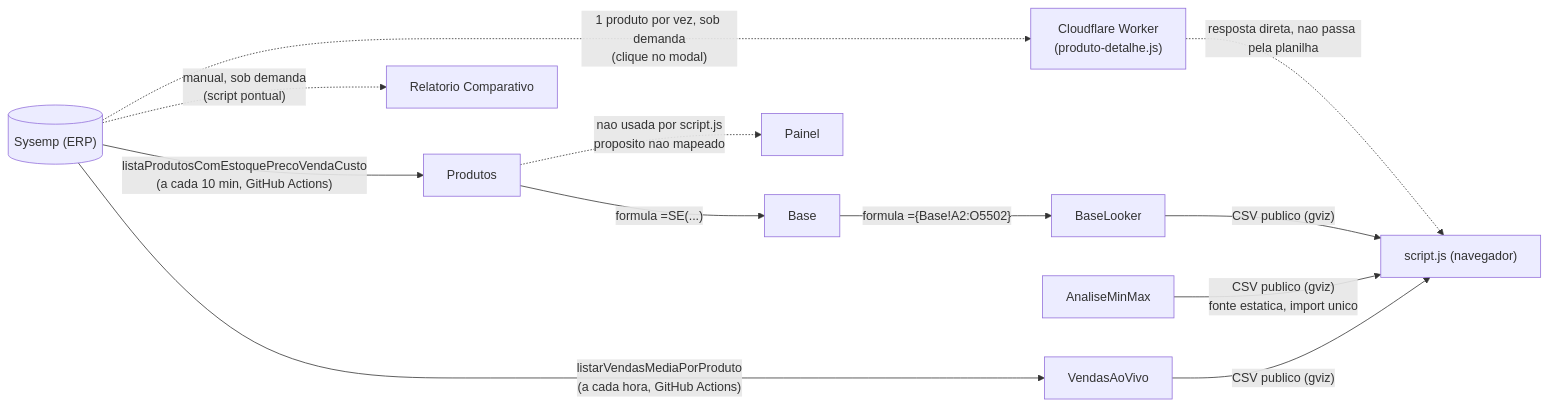
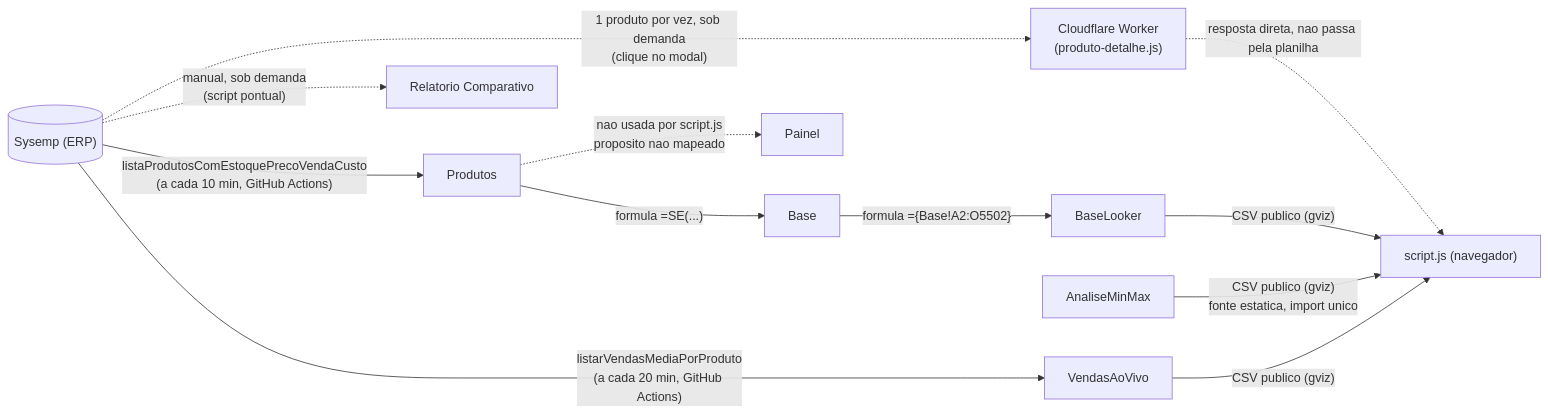
One commit to es813636-dot/painel-bradisfer changed the diagram in LINHAGEM-DE-DADOS.md. Above: the diagram before and after it, drawn with Mermaid. The commit also changed other lines of this file, not shown here.

Commit message:
Atualiza frequencia de VendasAoVivo (1h -> 20min) na linhagem de dados

````diff
--- a/LINHAGEM-DE-DADOS.md
+++ b/LINHAGEM-DE-DADOS.md
@@ -9,25 +9,25 @@
 ```mermaid
 flowchart LR
     SYS[("Sysemp (ERP)")]
     PROD[Produtos]
     BASE[Base]
     BL[BaseLooker]
     AMM[AnaliseMinMax]
     VAV[VendasAoVivo]
     PAINEL[Painel]
     REL["Relatorio Comparativo"]
     JS["script.js (navegador)"]
     CFW["Cloudflare Worker\n(produto-detalhe.js)"]
 
     SYS -- "listaProdutosComEstoquePrecoVendaCusto\n(a cada 10 min, GitHub Actions)" --> PROD
     PROD -- "formula =SE(...)" --> BASE
     BASE -- "formula ={Base!A2:O5502}" --> BL
-    SYS -- "listarVendasMediaPorProduto\n(a cada hora, GitHub Actions)" --> VAV
+    SYS -- "listarVendasMediaPorProduto\n(a cada 20 min, GitHub Actions)" --> VAV
     SYS -. "1 produto por vez, sob demanda\n(clique no modal)" .-> CFW
     CFW -. resposta direta, nao passa pela planilha .-> JS
     BL -- "CSV publico (gviz)" --> JS
     AMM -- "CSV publico (gviz)\nfonte estatica, import unico" --> JS
     VAV -- "CSV publico (gviz)" --> JS
     SYS -. "manual, sob demanda\n(script pontual)" .-> REL
     PROD -.->|"nao usada por script.js\nproposito nao mapeado"| PAINEL
 ```
````
